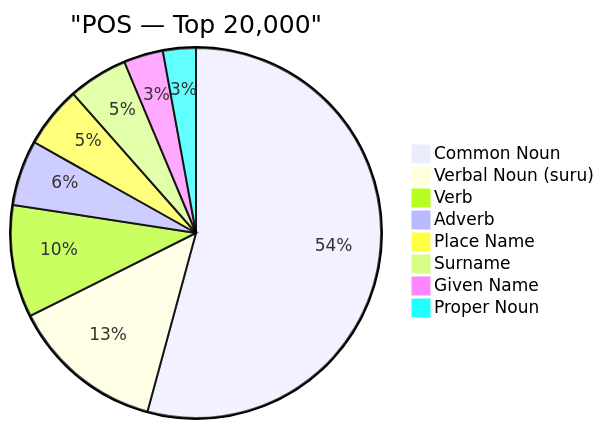
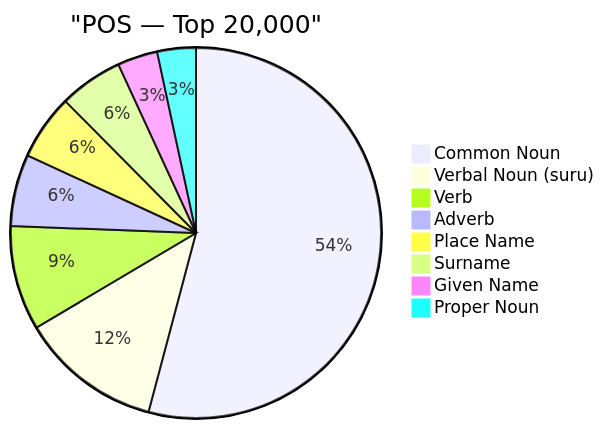
The seventh of 8 diagrams in data/CEJC/insights/vocab_tier_breakdown.md (PikaPikaGems/japanese-word-frequency), drawn with Mermaid before and after one commit. The commit also changed other lines of this file and 5 other files, not shown here.

````diff
--- a/data/CEJC/insights/vocab_tier_breakdown.md
+++ b/data/CEJC/insights/vocab_tier_breakdown.md
@@ -777,11 +777,11 @@
 ```mermaid
 pie title "POS — Top 20,000"
-    "Common Noun" : 6003.00
-    "Verbal Noun (suru)" : 1483.00
-    "Verb" : 1086.00
-    "Adverb" : 632.00
-    "Place Name" : 593.00
-    "Surname" : 575.00
-    "Given Name" : 381.00
-    "Proper Noun" : 318.00
+    "Common Noun" : 9639.00
+    "Verbal Noun (suru)" : 2199.00
+    "Verb" : 1625.00
+    "Adverb" : 1115.00
+    "Place Name" : 1017.00
+    "Surname" : 990.00
+    "Given Name" : 623.00
+    "Proper Noun" : 600.00
 ```
````
